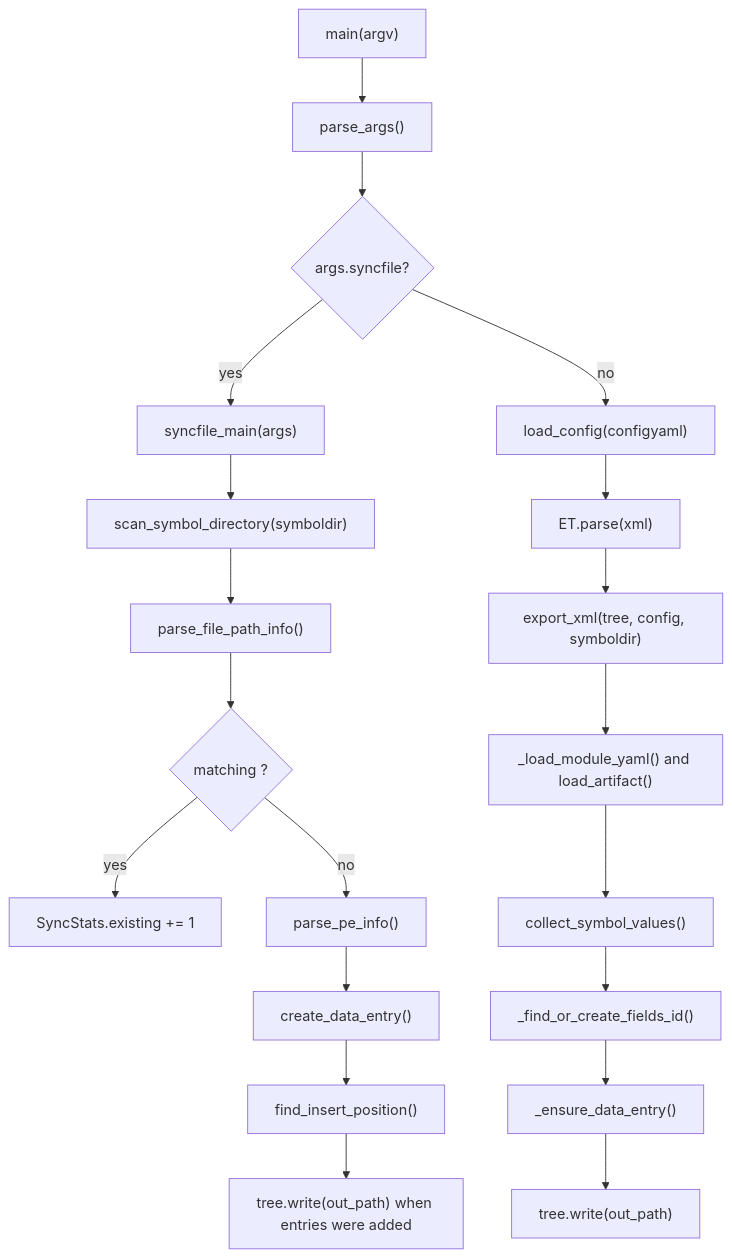
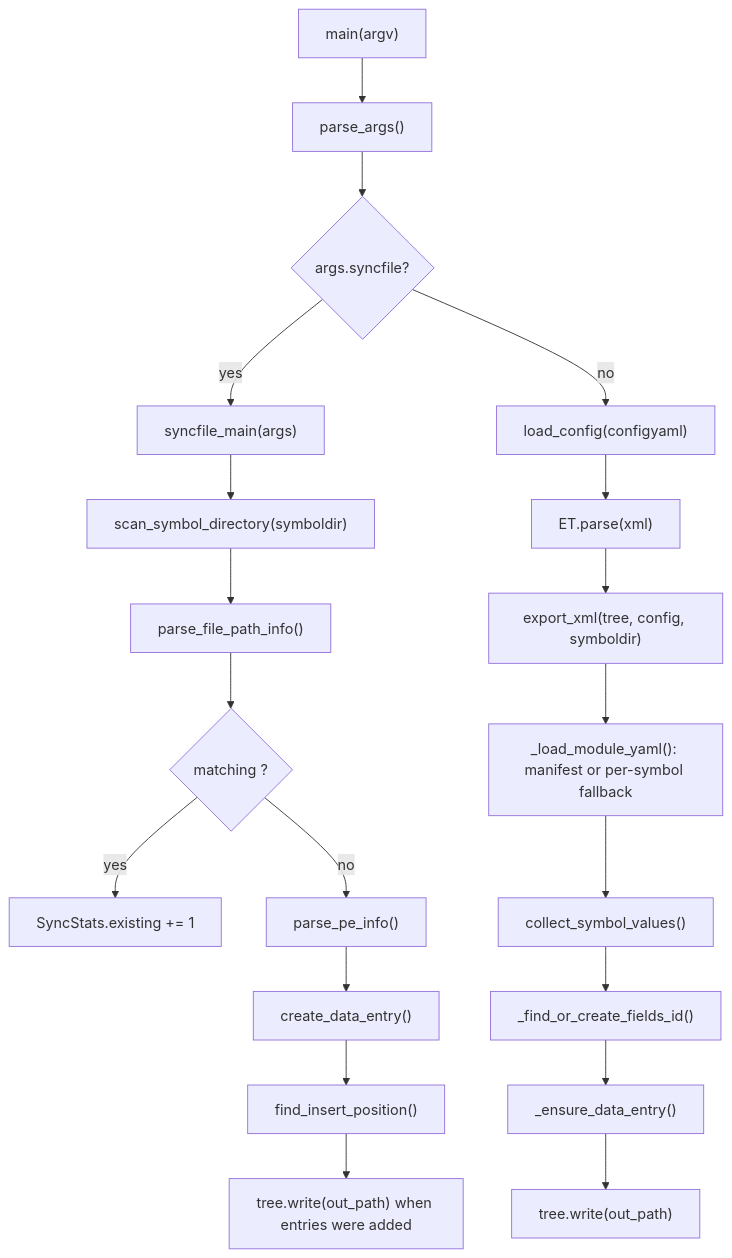
One commit to HLND2T/kphtools changed the diagram in .serena/memories/update_symbols.md. Above: the diagram before and after it, drawn with Mermaid. The commit also changed other lines of this file and 13 other files, not shown here.

````diff
--- a/.serena/memories/update_symbols.md
+++ b/.serena/memories/update_symbols.md
@@ -28,22 +28,22 @@
 ```mermaid
 flowchart TD
     A["main(argv)"] --> B["parse_args()"]
     B --> C{"args.syncfile?"}
     C -->|yes| D["syncfile_main(args)"]
     D --> E["scan_symbol_directory(symboldir)"]
     E --> F["parse_file_path_info()"]
     F --> G{"matching <data>?"}
     G -->|yes| H["SyncStats.existing += 1"]
     G -->|no| I["parse_pe_info()"]
     I --> J["create_data_entry()"]
     J --> K["find_insert_position()"]
     K --> L["tree.write(out_path) when entries were added"]
     C -->|no| M["load_config(configyaml)"]
     M --> N["ET.parse(xml)"]
     N --> O["export_xml(tree, config, symboldir)"]
-    O --> P["_load_module_yaml() and load_artifact()"]
+    O --> P["_load_module_yaml(): manifest or per-symbol fallback"]
     P --> Q["collect_symbol_values()"]
     Q --> R["_find_or_create_fields_id()"]
     R --> S["_ensure_data_entry()"]
     S --> T["tree.write(out_path)"]
 ```
````
